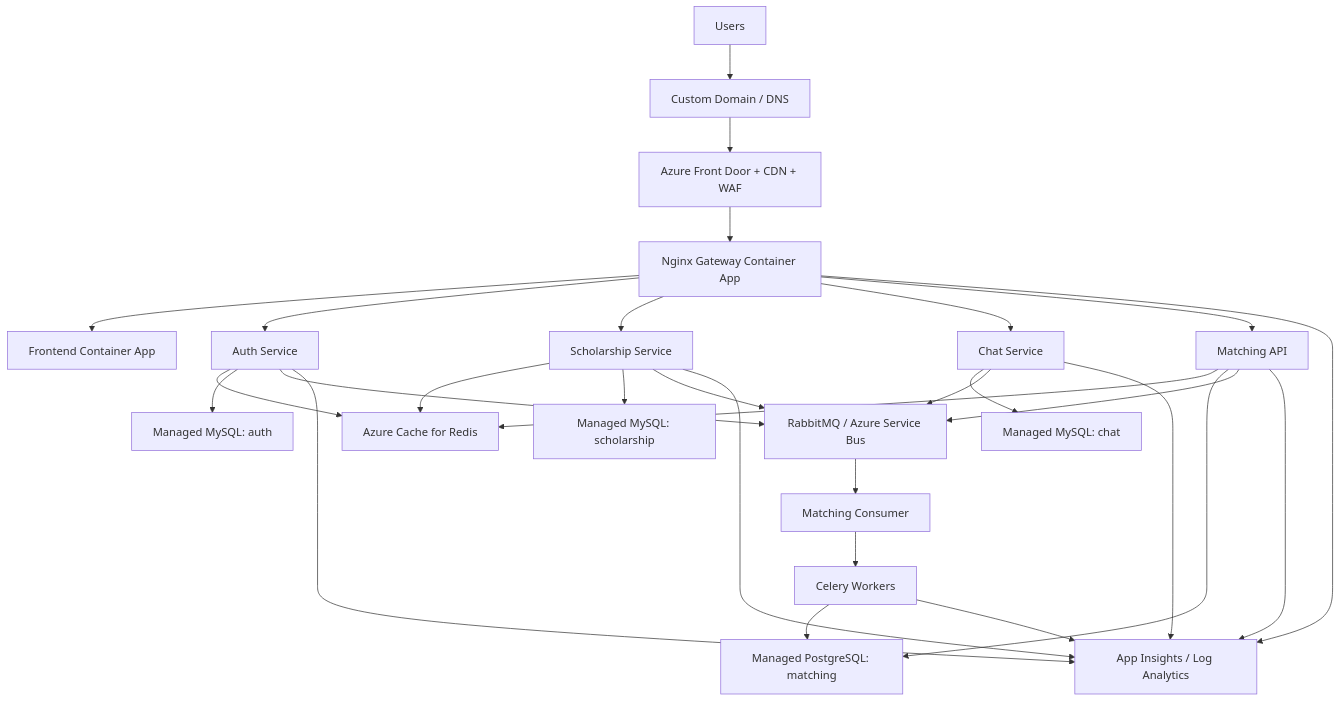
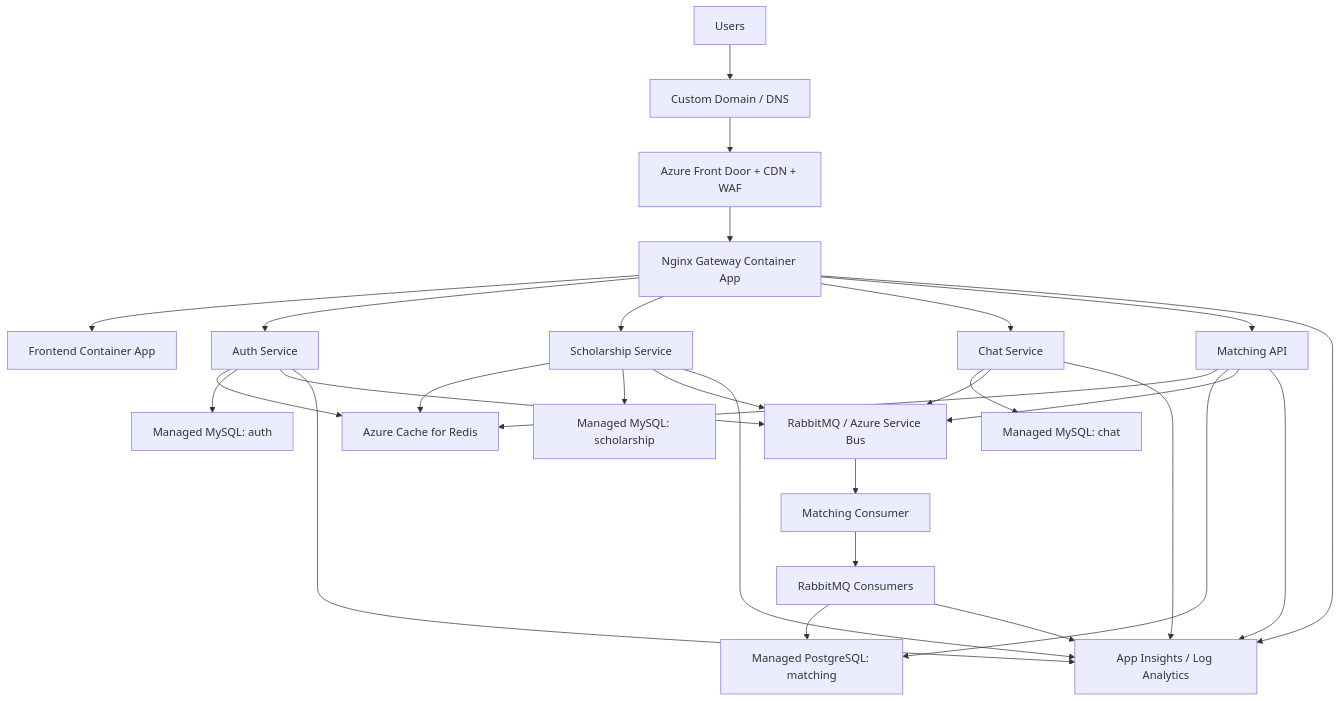
One commit to hunter875/edumatch-production changed the third of 3 diagrams in docs/learning/cloud-from-zero-to-production.md. Above: the diagram before and after it, drawn with Mermaid. The commit also changed other lines of this file and 10 other files, not shown here.

````diff
--- a/docs/learning/cloud-from-zero-to-production.md
+++ b/docs/learning/cloud-from-zero-to-production.md
@@ -1167,50 +1166,50 @@
 ```mermaid
 flowchart TB
   Users["Users"]
   DNS["Custom Domain / DNS"]
   Edge["Azure Front Door + CDN + WAF"]
   Gateway["Nginx Gateway Container App"]
   Frontend["Frontend Container App"]
   Auth["Auth Service"]
   Scholarship["Scholarship Service"]
   Chat["Chat Service"]
   Matching["Matching API"]
   Consumer["Matching Consumer"]
-  Worker["Celery Workers"]
+  Worker["RabbitMQ Consumers"]
   Redis["Azure Cache for Redis"]
   Rabbit["RabbitMQ / Azure Service Bus"]
   AuthDB["Managed MySQL: auth"]
   ScholarshipDB["Managed MySQL: scholarship"]
   ChatDB["Managed MySQL: chat"]
   MatchingDB["Managed PostgreSQL: matching"]
   Obs["App Insights / Log Analytics"]
 
   Users --> DNS
   DNS --> Edge
   Edge --> Gateway
   Gateway --> Frontend
   Gateway --> Auth
   Gateway --> Scholarship
   Gateway --> Chat
   Gateway --> Matching
   Auth --> Redis
   Scholarship --> Redis
   Matching --> Redis
   Auth --> AuthDB
   Scholarship --> ScholarshipDB
   Chat --> ChatDB
   Matching --> MatchingDB
   Auth --> Rabbit
   Scholarship --> Rabbit
   Chat --> Rabbit
   Matching --> Rabbit
   Rabbit --> Consumer
   Consumer --> Worker
   Worker --> MatchingDB
   Gateway --> Obs
   Auth --> Obs
   Scholarship --> Obs
   Chat --> Obs
   Matching --> Obs
   Worker --> Obs
 ```
````
